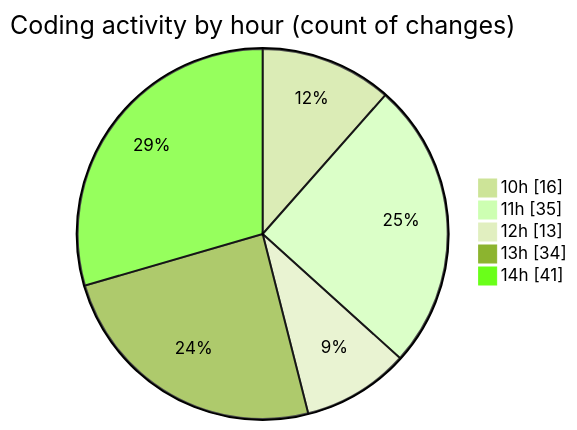
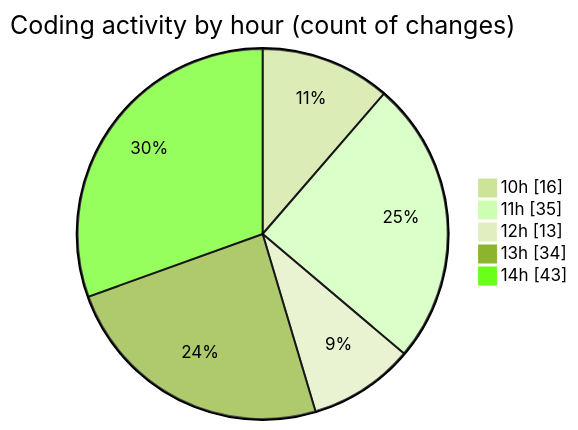
Before and after one commit to charlie-sans/code-tracking: the second of 2 diagrams in 2025-02-20/micros/README.md, drawn with Mermaid (forest theme). The commit also changed other lines of this file and 1 other file, not shown here.

````diff
--- a/2025-02-20/micros/README.md
+++ b/2025-02-20/micros/README.md
@@ -54,9 +54,9 @@
 ```mermaid
 pie showData
 title Coding activity by hour (count of changes)
 "10h" : 16
 "11h" : 35
 "12h" : 13
 "13h" : 34
-"14h" : 41
+"14h" : 43
 ```
````
